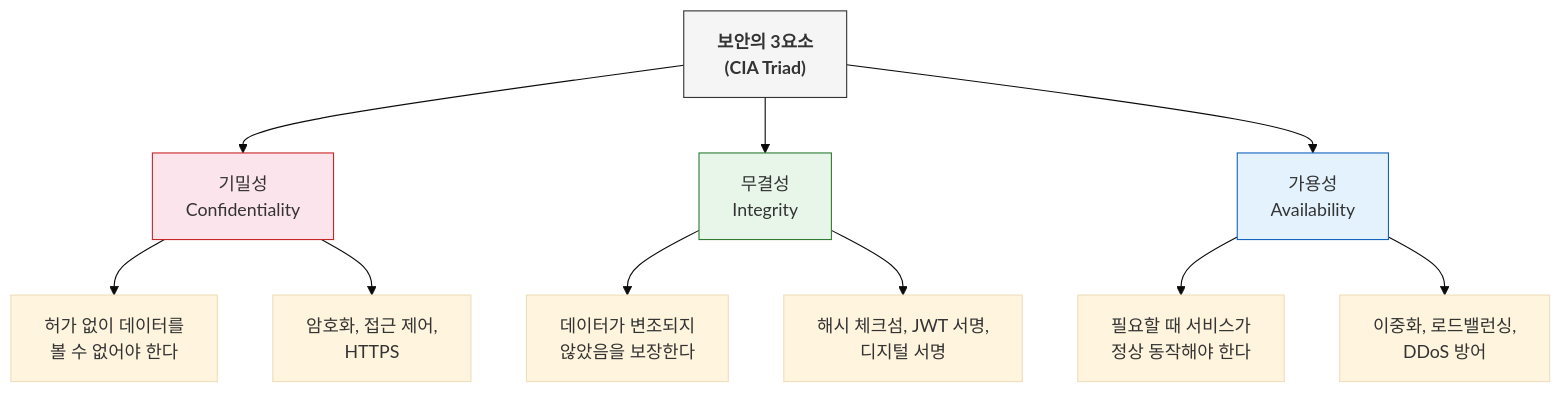
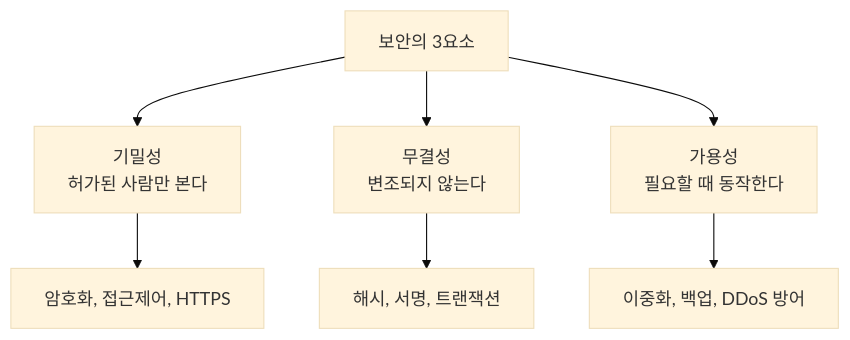
Before and after one commit to GYUTORY/YGSTUDY: the first of 3 diagrams in Develop/Security/Basic.md, drawn with Mermaid (base theme). The commit also changed other lines of this file and 5 other files, not shown here.

````diff
--- a/Develop/Security/Basic.md
+++ b/Develop/Security/Basic.md
@@ -13,22 +19,11 @@
 ```mermaid
 graph TD
-    CIA["보안의 3요소<br/>(CIA Triad)"]
+    CIA["보안의 3요소"]
+    CIA --> C["기밀성<br/>허가된 사람만 본다"]
+    CIA --> I["무결성<br/>변조되지 않는다"]
+    CIA --> A["가용성<br/>필요할 때 동작한다"]
 
-    CIA --> C["기밀성<br/>Confidentiality"]
-    CIA --> I["무결성<br/>Integrity"]
-    CIA --> A["가용성<br/>Availability"]
-
-    C --> C1["허가 없이 데이터를<br/>볼 수 없어야 한다"]
-    C --> C2["암호화, 접근 제어,<br/>HTTPS"]
-
-    I --> I1["데이터가 변조되지<br/>않았음을 보장한다"]
-    I --> I2["해시 체크섬, JWT 서명,<br/>디지털 서명"]
-
-    A --> A1["필요할 때 서비스가<br/>정상 동작해야 한다"]
-    A --> A2["이중화, 로드밸런싱,<br/>DDoS 방어"]
-
-    style CIA fill:#f5f5f5,stroke:#333,font-weight:bold
-    style C fill:#fce4ec,stroke:#c62828
-    style I fill:#e8f5e9,stroke:#2e7d32
-    style A fill:#e3f2fd,stroke:#1565c0
+    C --> C1["암호화, 접근제어, HTTPS"]
+    I --> I1["해시, 서명, 트랜잭션"]
+    A --> A1["이중화, 백업, DDoS 방어"]
 ```
````
